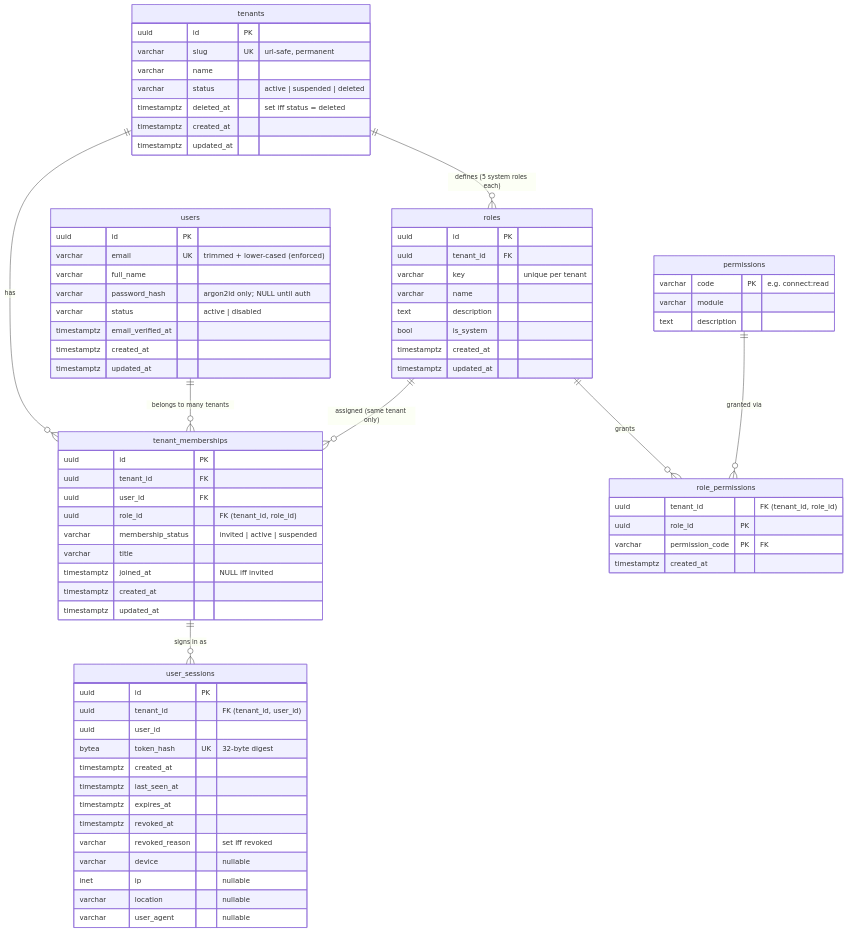
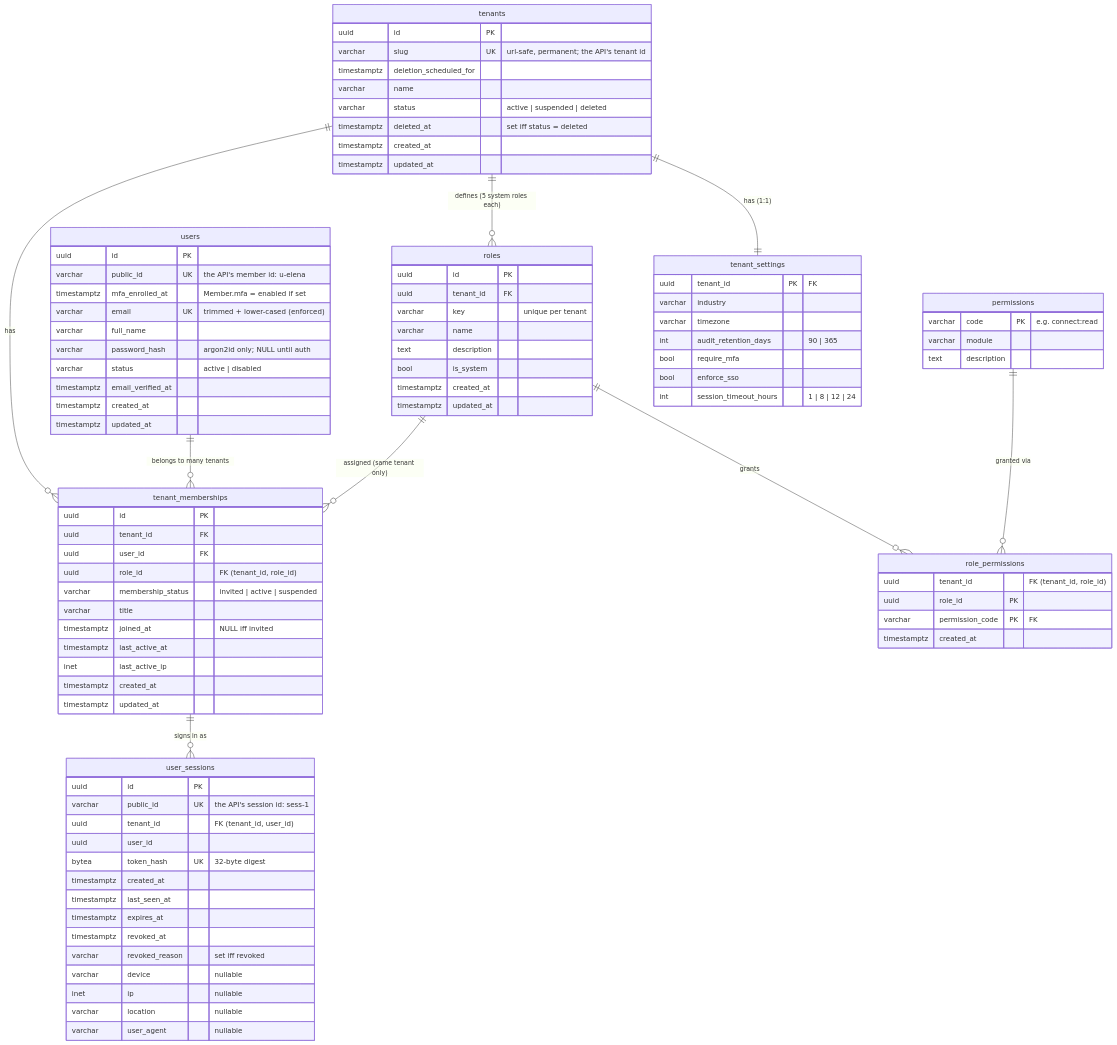
The diagram in docs/DATABASE.md (orbitrix-dev/DataPilot), drawn with Mermaid before and after one commit. The commit also changed other lines of this file and 25 other files, not shown here.

```diff
--- a/docs/DATABASE.md
+++ b/docs/DATABASE.md
@@ -16,9 +16,20 @@
   permissions ||--o{ role_permissions : "granted via"
   tenant_memberships ||--o{ user_sessions : "signs in as"
 
+  tenants ||--|| tenant_settings : "has (1:1)"
+  tenant_settings {
+    uuid tenant_id PK "FK"
+    varchar industry
+    varchar timezone
+    int audit_retention_days "90 | 365"
+    bool require_mfa
+    bool enforce_sso
+    int session_timeout_hours "1 | 8 | 12 | 24"
+  }
   tenants {
     uuid id PK
-    varchar slug UK "url-safe, permanent"
+    varchar slug UK "url-safe, permanent; the API's tenant id"
+    timestamptz deletion_scheduled_for
     varchar name
     varchar status "active | suspended | deleted"
     timestamptz deleted_at "set iff status = deleted"
@@ -27,6 +38,8 @@
   }
   users {
     uuid id PK
+    varchar public_id UK "the API's member id: u-elena"
+    timestamptz mfa_enrolled_at "Member.mfa = enabled if set"
     varchar email UK "trimmed + lower-cased (enforced)"
     varchar full_name
     varchar password_hash "argon2id only; NULL until auth"
@@ -43,6 +56,8 @@
     varchar membership_status "invited | active | suspended"
     varchar title
     timestamptz joined_at "NULL iff invited"
+    timestamptz last_active_at
+    inet last_active_ip
     timestamptz created_at
     timestamptz updated_at
   }
@@ -69,6 +84,7 @@
   }
   user_sessions {
     uuid id PK
+    varchar public_id UK "the API's session id: sess-1"
     uuid tenant_id "FK (tenant_id, user_id)"
     uuid user_id
     bytea token_hash UK "32-byte digest"
```
